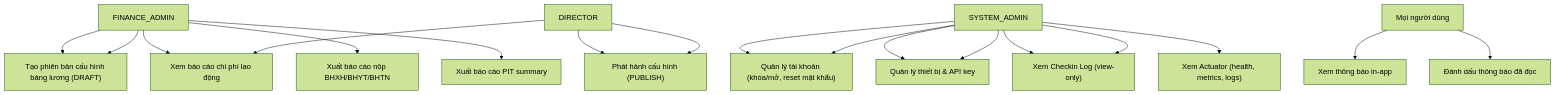
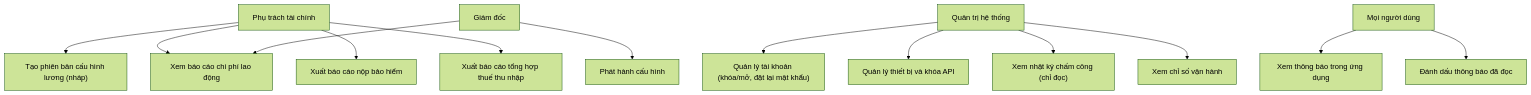
The seventh of 19 diagrams in docs/DATN_20204812_NguyenThanhBach/DATN_20204812_NguyenThanhBach.md (NBachTH/HRMS), drawn with Mermaid (forest theme) before and after one commit. The commit also changed other lines of this file, not shown here.

````diff
--- a/docs/DATN_20204812_NguyenThanhBach/DATN_20204812_NguyenThanhBach.md
+++ b/docs/DATN_20204812_NguyenThanhBach/DATN_20204812_NguyenThanhBach.md
@@ -366,20 +332,15 @@
 ```mermaid
 graph TD
-    FIN["FINANCE_ADMIN"] --> A["Tạo phiên bản cấu hình bảng lương (DRAFT)"]
-    FIN["FINANCE_ADMIN"] --> A["Tạo phiên bản cấu hình bảng lương (DRAFT)"]
+    FIN["Phụ trách tài chính"] --> A["Tạo phiên bản cấu hình lương (nháp)"]
     FIN --> B["Xem báo cáo chi phí lao động"]
-    FIN --> C["Xuất báo cáo nộp BHXH/BHYT/BHTN"]
-    FIN --> D["Xuất báo cáo PIT summary"]
-    DIR["DIRECTOR"] --> B
-    DIR --> P["Phát hành cấu hình (PUBLISH)"]
-    SYS["SYSTEM_ADMIN"] --> E["Quản lý tài khoản (khóa/mở, reset mật khẩu)"]
-    SYS --> Q["Quản lý thiết bị & API key"]
-    SYS --> R["Xem Checkin Log (view-only)"]
-    DIR --> P["Phát hành cấu hình (PUBLISH)"]
-    SYS["SYSTEM_ADMIN"] --> E["Quản lý tài khoản (khóa/mở, reset mật khẩu)"]
-    SYS --> Q["Quản lý thiết bị & API key"]
-    SYS --> R["Xem Checkin Log (view-only)"]
-    SYS --> F["Xem Actuator (health, metrics, logs)"]
-    ALL["Mọi người dùng"] --> G["Xem thông báo in-app"]
+    FIN --> C["Xuất báo cáo nộp bảo hiểm"]
+    FIN --> D["Xuất báo cáo tổng hợp thuế thu nhập"]
+    DIR["Giám đốc"] --> B
+    DIR --> P["Phát hành cấu hình"]
+    SYS["Quản trị hệ thống"] --> E["Quản lý tài khoản (khóa/mở, đặt lại mật khẩu)"]
+    SYS --> Q["Quản lý thiết bị và khóa API"]
+    SYS --> R["Xem nhật ký chấm công (chỉ đọc)"]
+    SYS --> F["Xem chỉ số vận hành"]
+    ALL["Mọi người dùng"] --> G["Xem thông báo trong ứng dụng"]
     ALL --> H["Đánh dấu thông báo đã đọc"]
 ```
````
